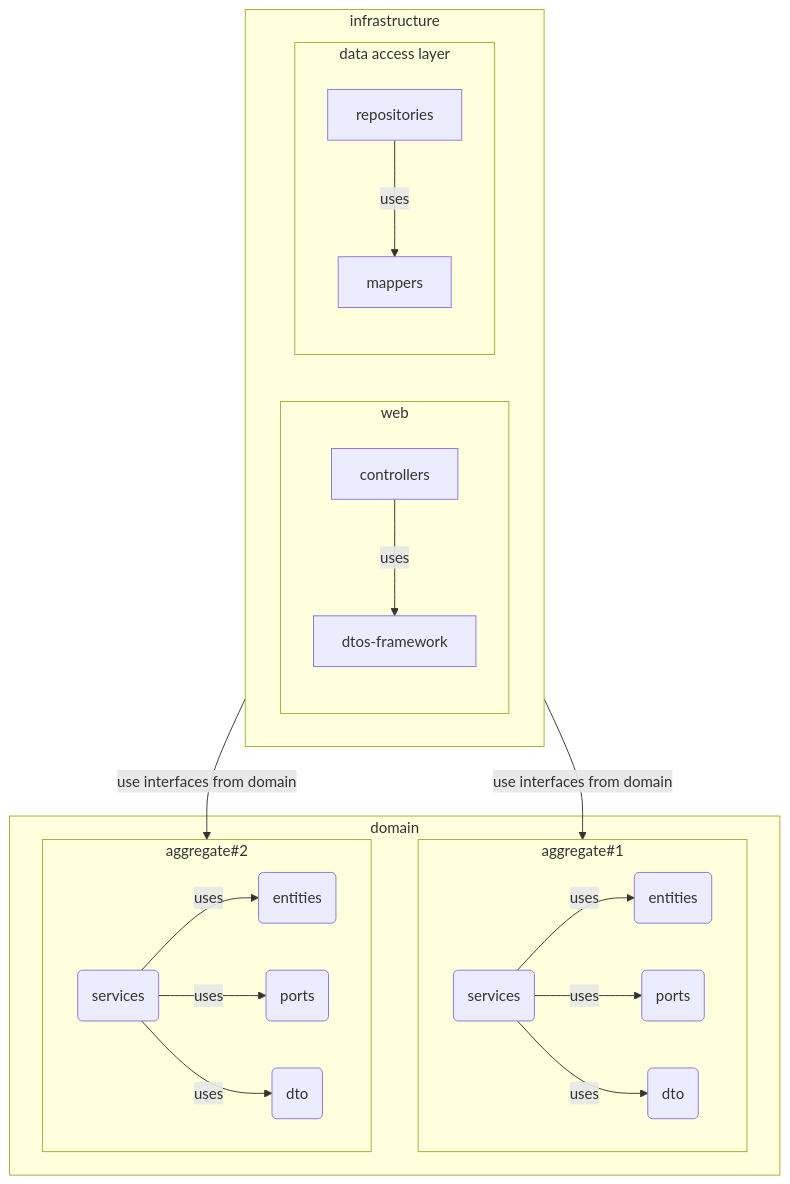
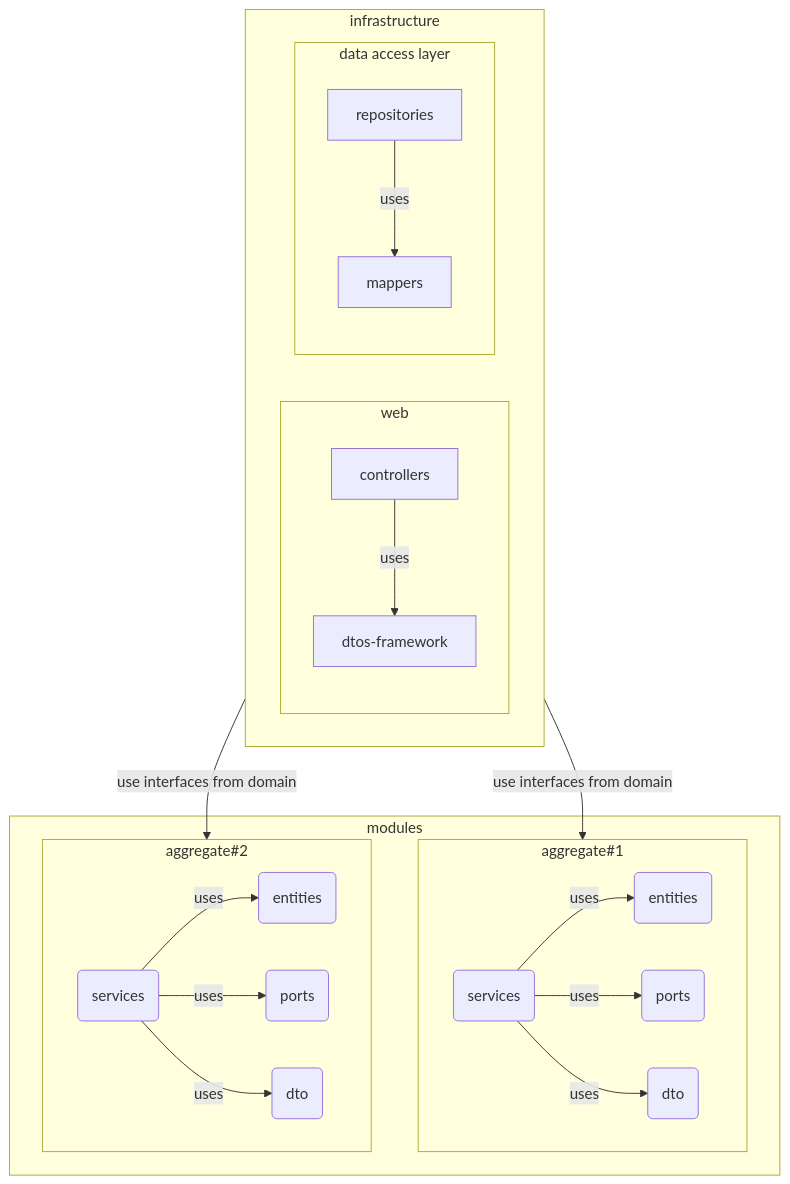
The fourth of 4 diagrams in README.md (zhuravlevma/typescript-ddd-architecture), drawn with Mermaid before and after one commit. The commit also changed other lines of this file and 79 other files, not shown here.

````diff
--- a/README.md
+++ b/README.md
@@ -49,30 +39,30 @@
 ```mermaid
   flowchart TD
 
     subgraph infrastructure
     subgraph web
     controllers -- uses -->dtos-framework
     end
     subgraph data access layer
     repositories -- uses --> mappers
     end
     end
-    subgraph domain
+    subgraph modules
     subgraph aggregate#1
 
     services1(services) -- uses --> entities1(entities)
     services1(services) -- uses --> ports1(ports)
     services1(services) -- uses --> plain-dto1(dto)
     end
 
     subgraph aggregate#2
 
     services2(services) -- uses --> entities2(entities)
     services2(services) -- uses --> ports2(ports)
     services2(services) -- uses --> plain-dto2(dto)
     end
     end
 
     infrastructure -- use interfaces from domain --> aggregate#2
     infrastructure -- use interfaces from domain --> aggregate#1
 ```
````
